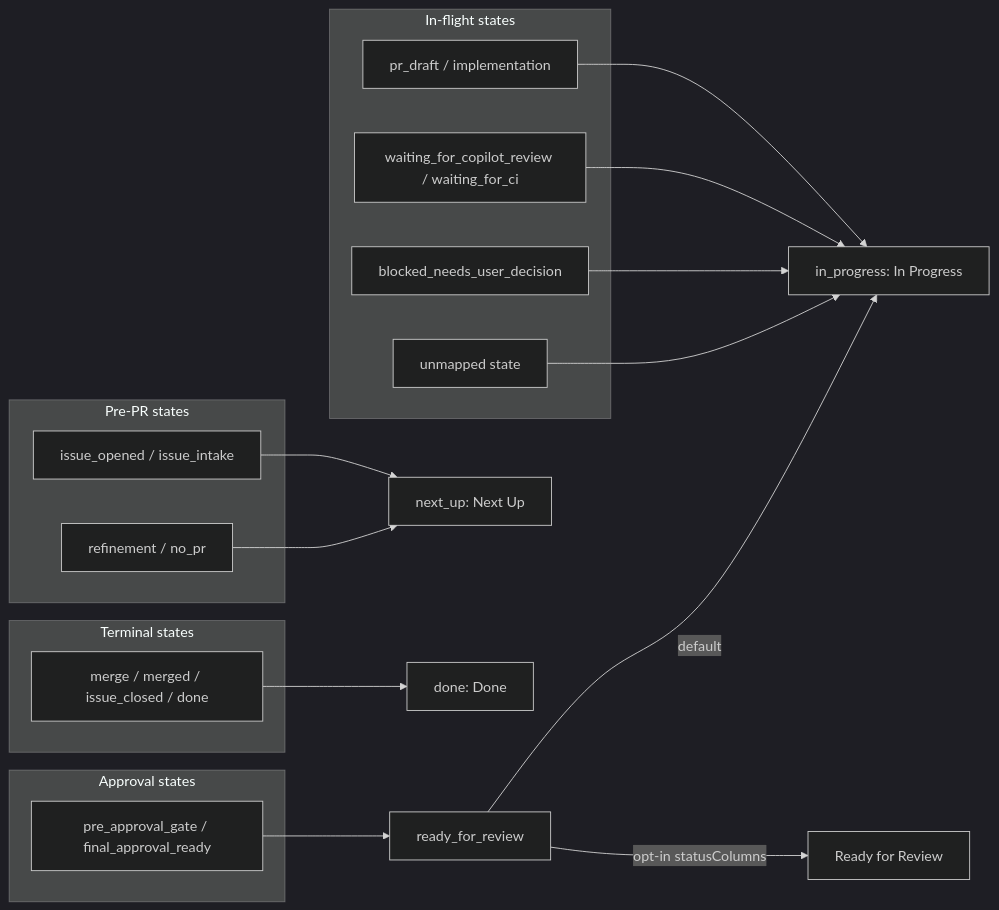
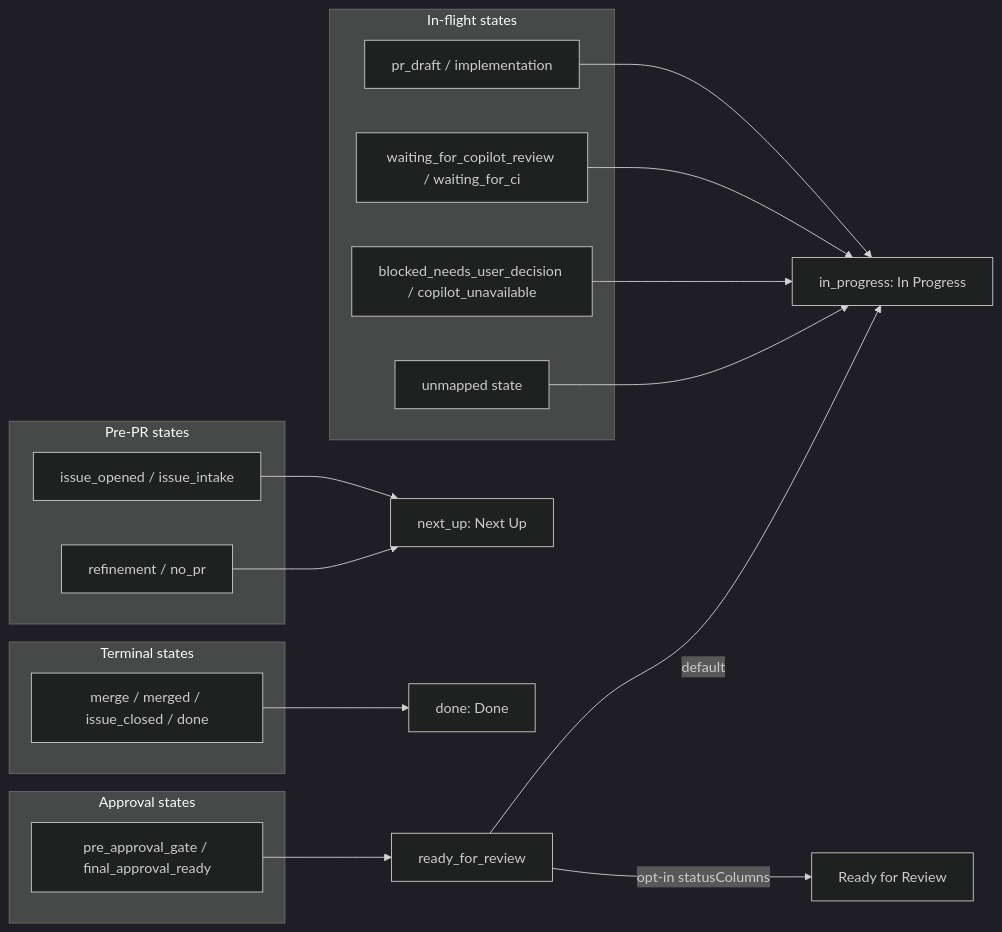
One commit to mfittko/dev-loops changed the second of 14 diagrams in docs/atlas/11-dev-process.md. Above: the diagram before and after it, drawn with Mermaid (dark theme). The commit also changed other lines of this file, not shown here.

Commit message:
docs(atlas): refresh section 11-dev-process to f6619004d
Claude-Session: https://claude.ai/code/session_01R7yetRxLa5xEwe3Sg9DpvY

````diff
--- a/docs/atlas/11-dev-process.md
+++ b/docs/atlas/11-dev-process.md
@@ -46,29 +46,29 @@
 ```mermaid
 flowchart LR
   subgraph pre["Pre-PR states"]
     s1["issue_opened / issue_intake"]
     s2["refinement / no_pr"]
   end
   subgraph flight["In-flight states"]
     s3["pr_draft / implementation"]
     s4["waiting_for_copilot_review / waiting_for_ci"]
-    s5["blocked_needs_user_decision"]
+    s5["blocked_needs_user_decision / copilot_unavailable"]
     s6["unmapped state"]
   end
   subgraph final["Approval states"]
     s7["pre_approval_gate / final_approval_ready"]
   end
   subgraph end_["Terminal states"]
     s8["merge / merged / issue_closed / done"]
   end
   s1 --> NU["next_up: Next Up"]
   s2 --> NU
   s3 --> IP["in_progress: In Progress"]
   s4 --> IP
   s5 --> IP
   s6 --> IP
   s7 --> RFR["ready_for_review"]
   RFR -->|"default"| IP
   RFR -->|"opt-in statusColumns"| RR["Ready for Review"]
   s8 --> DN["done: Done"]
 ```
````
